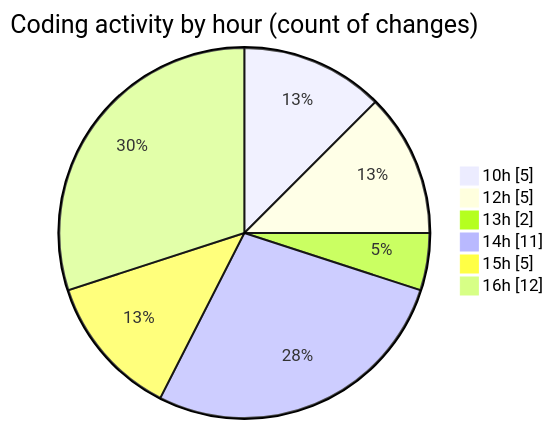
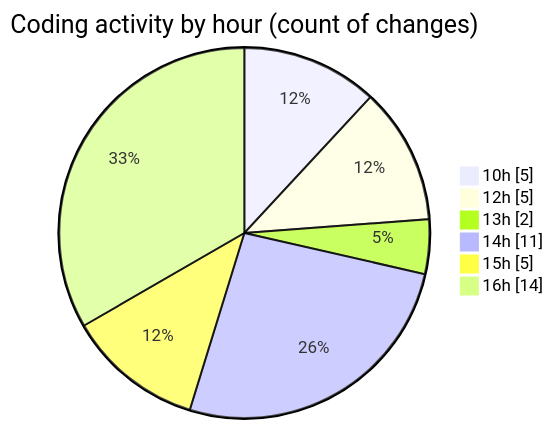
Before and after one commit to Ritupan-Deka/code-tracking: the second of 2 diagrams in 2025-07-07/urlwebwala_intership_work/README.md, drawn with Mermaid. The commit also changed other lines of this file and 1 other file, not shown here.

````diff
--- a/2025-07-07/urlwebwala_intership_work/README.md
+++ b/2025-07-07/urlwebwala_intership_work/README.md
@@ -30,10 +30,10 @@
 ```mermaid
 pie showData
 title Coding activity by hour (count of changes)
 "10h" : 5
 "12h" : 5
 "13h" : 2
 "14h" : 11
 "15h" : 5
-"16h" : 12
+"16h" : 14
 ```
````
